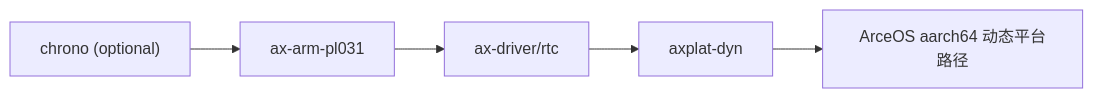
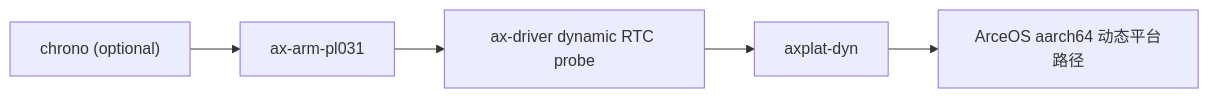
The second of 3 diagrams in docs/docs/components/crates/ax-arm-pl031.md (rcore-os/tgoskits), drawn with Mermaid before and after one commit. The commit also changed other lines of this file and 9 other files, not shown here.

````diff
--- a/docs/docs/components/crates/ax-arm-pl031.md
+++ b/docs/docs/components/crates/ax-arm-pl031.md
@@ -96,7 +96,7 @@
 ```mermaid
 graph LR
     chrono["chrono (optional)"] --> current["ax-arm-pl031"]
-    current --> driver["ax-driver/rtc"]
+    current --> driver["ax-driver dynamic RTC probe"]
     driver --> dyn["axplat-dyn"]
     dyn --> arceos["ArceOS aarch64 动态平台路径"]
 ```
````
